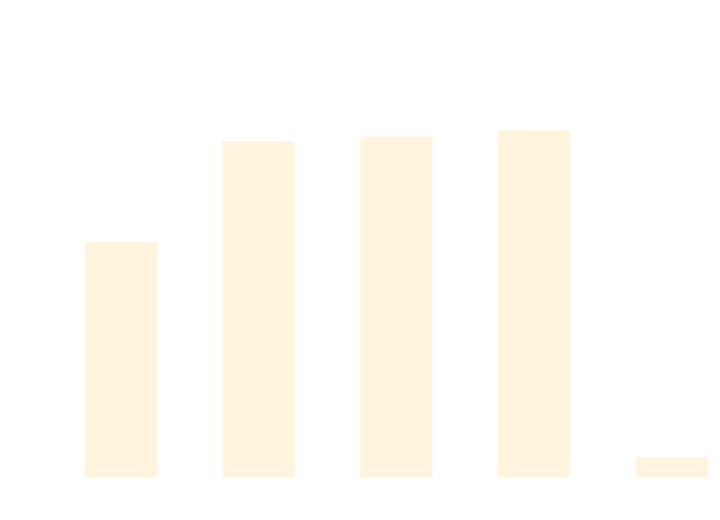
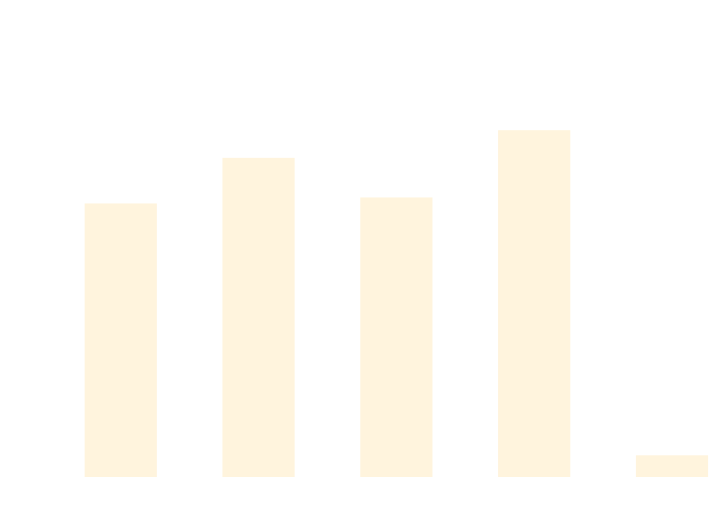
One commit to thomhurst/TUnit changed the diagram in docs/docs/benchmarks/DataDrivenTests.md. Above: the diagram before and after it, drawn with Mermaid. The commit also changed other lines of this file and 17 other files, not shown here.

````diff
--- a/docs/docs/benchmarks/DataDrivenTests.md
+++ b/docs/docs/benchmarks/DataDrivenTests.md
@@ -27,37 +27,37 @@
 ```mermaid
 %%{init: {
   'theme':'base',
   'themeVariables': {
     'primaryColor': '#2563eb',
     'primaryTextColor': '#ffffff',
     'primaryBorderColor': '#1e40af',
     'lineColor': '#6b7280',
     'secondaryColor': '#7c3aed',
     'tertiaryColor': '#dc2626',
     'background': '#ffffff',
     'mainBkg': '#2563eb',
     'secondBkg': '#7c3aed',
     'tertiaryBkg': '#dc2626',
     'clusterBkg': '#f3f4f6',
     'edgeLabelBackground': '#ffffff',
     'tertiaryTextColor': '#1f2937',
     'pie1': '#2563eb',
     'pie2': '#7c3aed',
     'pie3': '#dc2626',
     'pie4': '#f59e0b',
     'pie5': '#10b981',
     'pie6': '#06b6d4',
     'pie7': '#ec4899',
     'pie8': '#6366f1',
     'pie9': '#84cc16',
     'pie10': '#f97316',
     'pie11': '#14b8a6',
     'pie12': '#a855f7'
   }
 }}%%
 xychart-beta
   title "DataDrivenTests Performance Comparison"
   x-axis ["TUnit", "NUnit", "MSTest", "xUnit3", "TUnit_AOT"]
-  y-axis "Time (ms)" 0 --> 818
-  bar [456.71, 659.07, 668.04, 680.94, 23.34]
+  y-axis "Time (ms)" 0 --> 710
+  bar [463.26, 542.82, 473.7, 591.02, 23.9]
 ```
````
